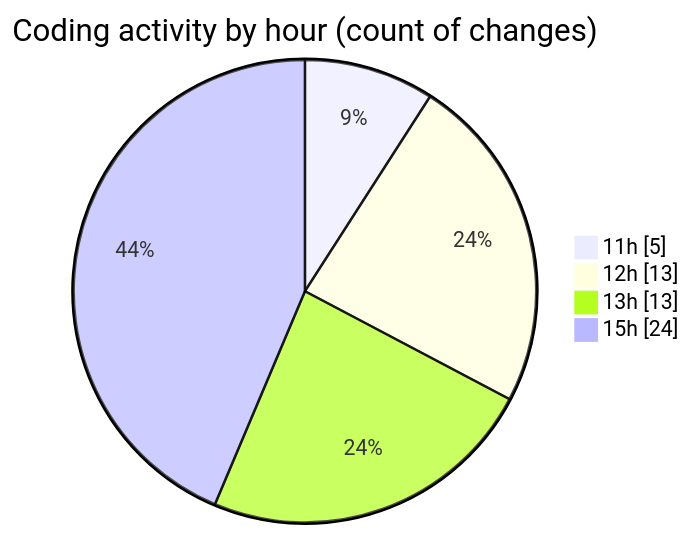
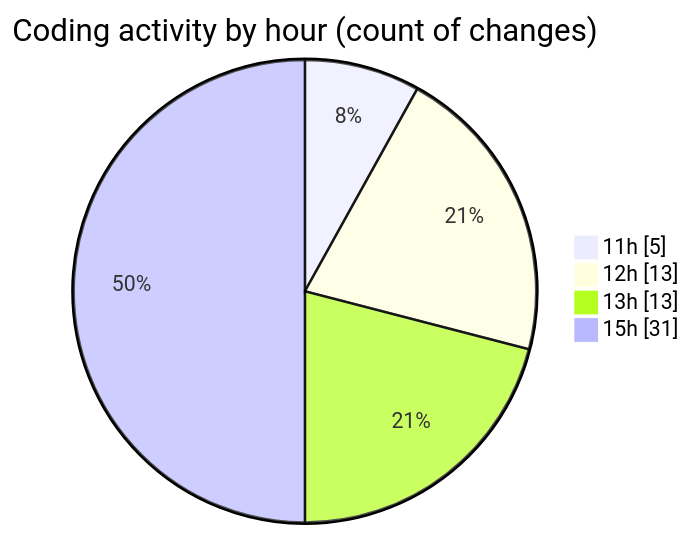
One commit to nxtqubesakshisongat/code-tracking changed the second of 2 diagrams in 2025-08-06/nxtqube_webapp/README.md. Above: the diagram before and after it, drawn with Mermaid. The commit also changed other lines of this file and 1 other file, not shown here.

````diff
--- a/2025-08-06/nxtqube_webapp/README.md
+++ b/2025-08-06/nxtqube_webapp/README.md
@@ -39,8 +40,8 @@
 ```mermaid
 pie showData
 title Coding activity by hour (count of changes)
 "11h" : 5
 "12h" : 13
 "13h" : 13
-"15h" : 24
+"15h" : 31
 ```
````
